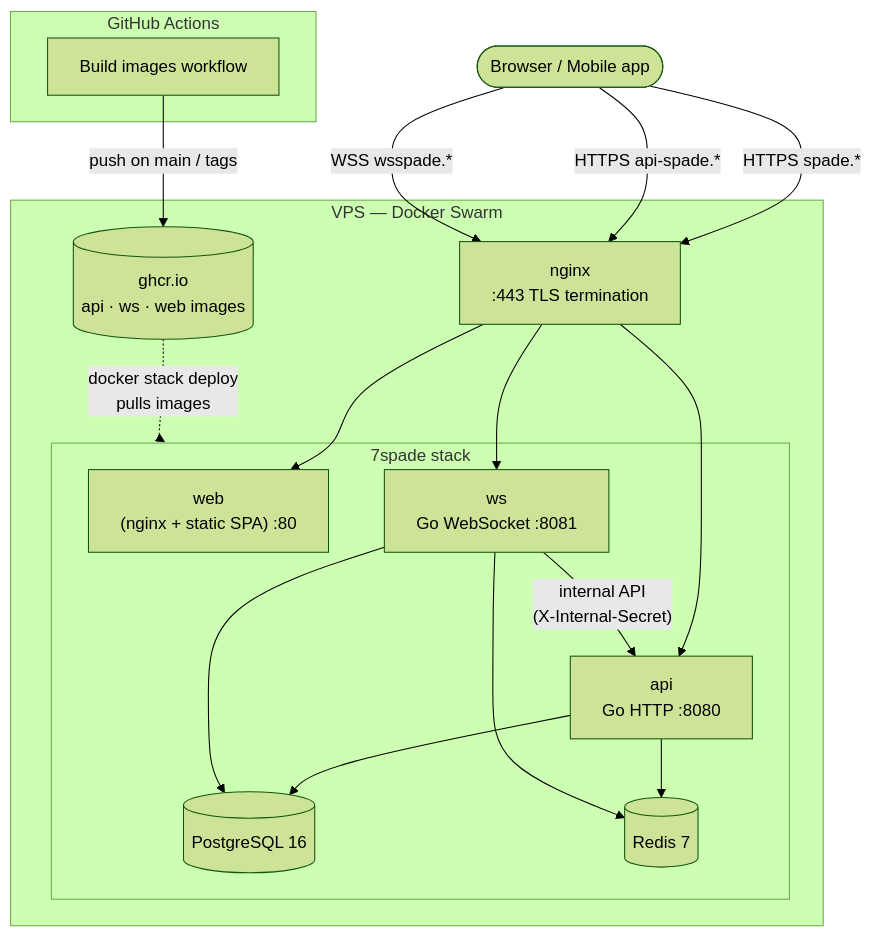
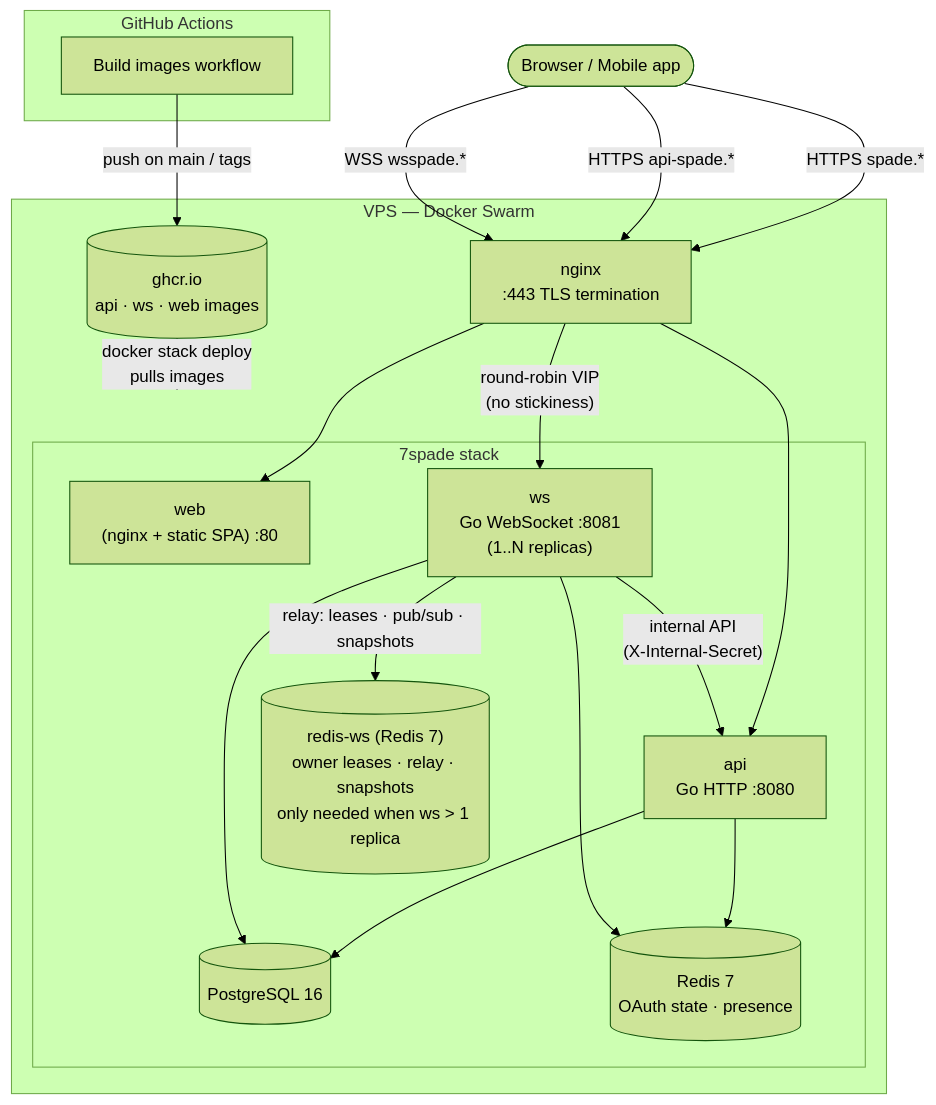
The diagram in docs/deployment.md (faytranevozter/7spade), drawn with Mermaid (forest theme) before and after one commit. The commit also changed other lines of this file, not shown here.

First line of the commit message:
docs(deployment): document multi-replica WS (redis-ws, WS_REDIS_URL, scaling) (#63)

````diff
--- a/docs/deployment.md
+++ b/docs/deployment.md
@@ -60,38 +62,40 @@
 ```mermaid
 flowchart TB
     subgraph CI["GitHub Actions"]
         build["Build images workflow"]
     end
     ghcr[("ghcr.io<br/>api · ws · web images")]
     build -- "push on main / tags" --> ghcr
 
     browser(["Browser / Mobile app"])
 
     subgraph vps["VPS — Docker Swarm"]
         nginx["nginx<br/>:443 TLS termination"]
 
         subgraph stack["7spade stack"]
             web["web<br/>(nginx + static SPA) :80"]
             api["api<br/>Go HTTP :8080"]
-            ws["ws<br/>Go WebSocket :8081"]
+            ws["ws<br/>Go WebSocket :8081<br/>(1..N replicas)"]
             pg[("PostgreSQL 16")]
-            redis[("Redis 7")]
+            redis[("Redis 7<br/>OAuth state · presence")]
+            redisws[("redis-ws (Redis 7)<br/>owner leases · relay · snapshots<br/>only needed when ws > 1 replica")]
         end
 
         ghcr -. "docker stack deploy<br/>pulls images" .-> stack
     end
 
     browser -- "HTTPS spade.*" --> nginx
     browser -- "HTTPS api-spade.*" --> nginx
     browser -- "WSS wsspade.*" --> nginx
 
     nginx --> web
     nginx --> api
-    nginx --> ws
+    nginx -- "round-robin VIP<br/>(no stickiness)" --> ws
 
     api --> pg
     api --> redis
     ws --> pg
     ws --> redis
+    ws -- "relay: leases · pub/sub · snapshots" --> redisws
     ws -- "internal API<br/>(X-Internal-Secret)" --> api
 ```
````
